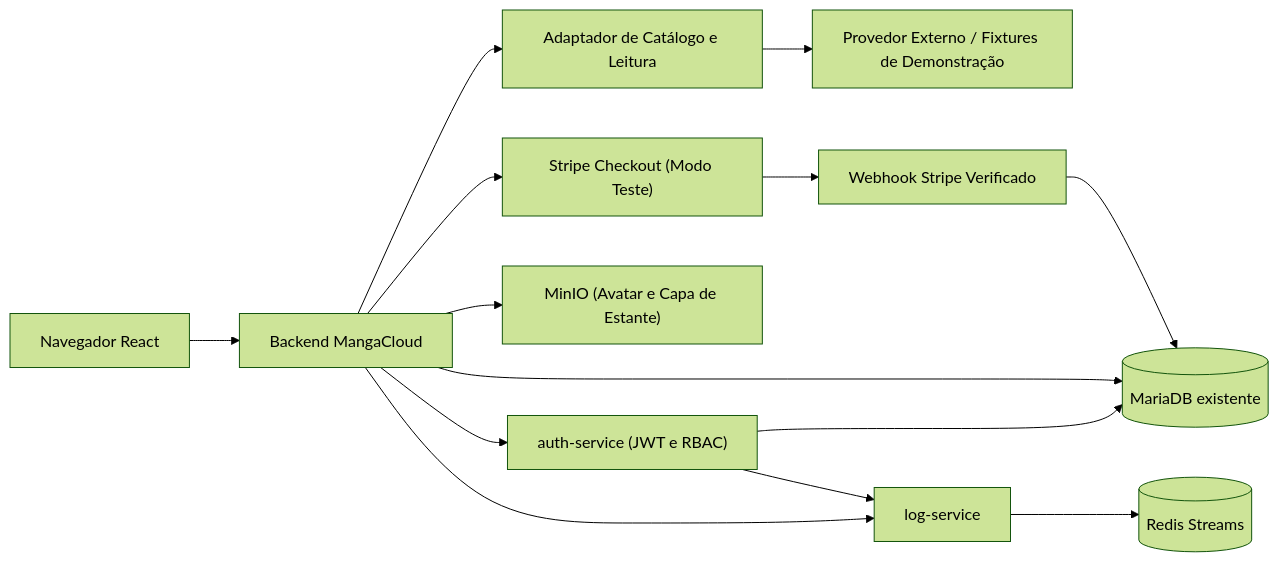
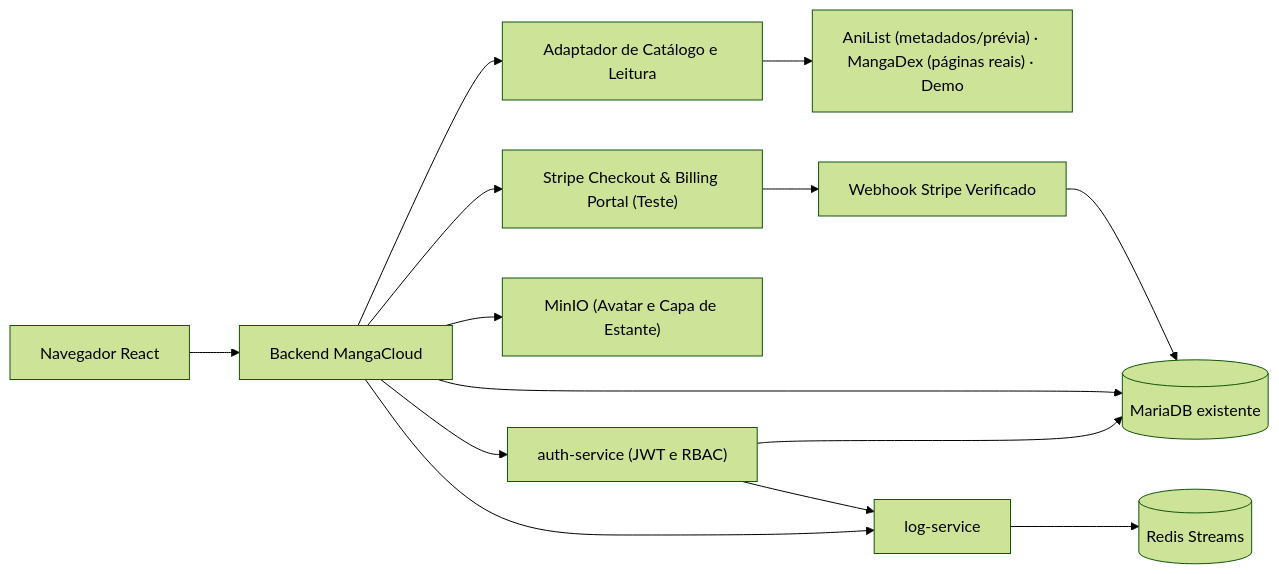
Before and after one commit to Paulo794/Manga-Cloud: the diagram in README.md, drawn with Mermaid (forest theme). The commit also changed other lines of this file and 40 other files, not shown here.

````diff
--- a/README.md
+++ b/README.md
@@ -124,16 +132,16 @@
 ```mermaid
 flowchart LR
     U["Navegador React"] --> B["Backend MangaCloud"]
     B --> A["auth-service (JWT e RBAC)"]
     A --> DB[("MariaDB existente")]
     B --> DB
     B --> P["Adaptador de Catálogo e Leitura"]
-    P --> E["Provedor Externo / Fixtures de Demonstração"]
+    P --> E["AniList (metadados/prévia) · MangaDex (páginas reais) · Demo"]
     B --> M["MinIO (Avatar e Capa de Estante)"]
     B --> L["log-service"]
     A --> L
     L --> R[("Redis Streams")]
-    B --> S["Stripe Checkout (Modo Teste)"]
+    B --> S["Stripe Checkout & Billing Portal (Teste)"]
     S --> W["Webhook Stripe Verificado"]
     W --> DB
 ```
````
